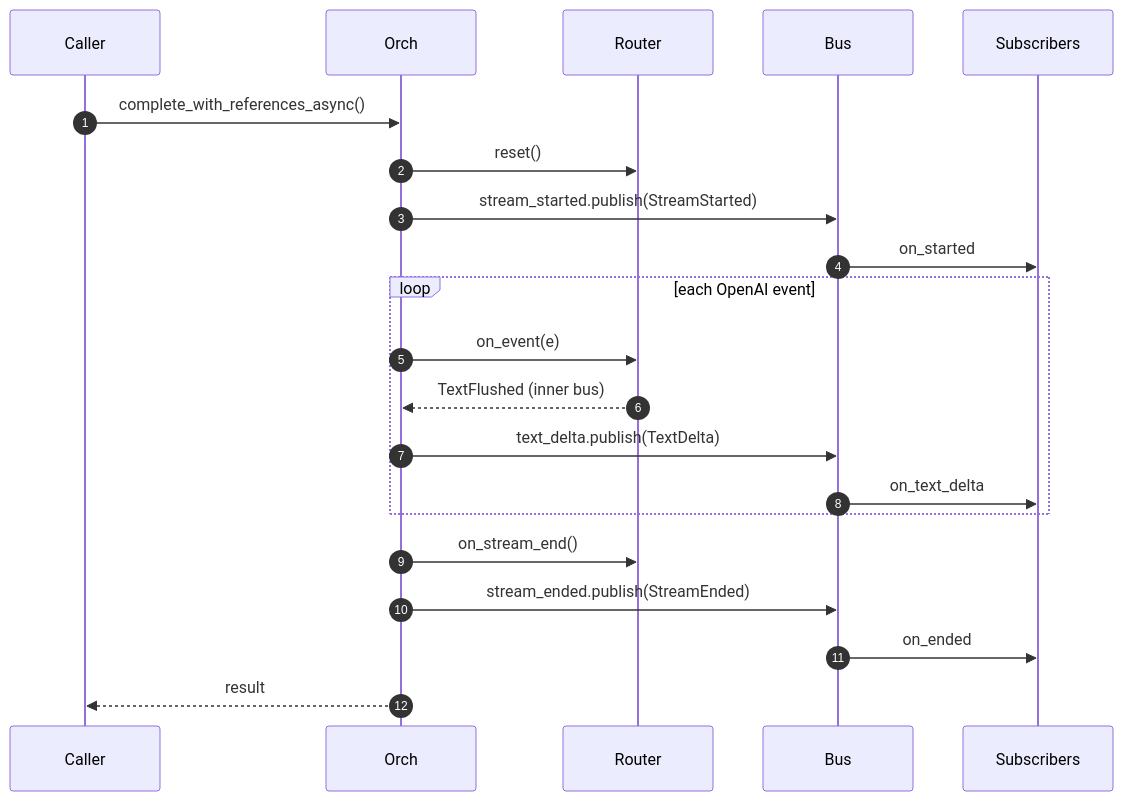
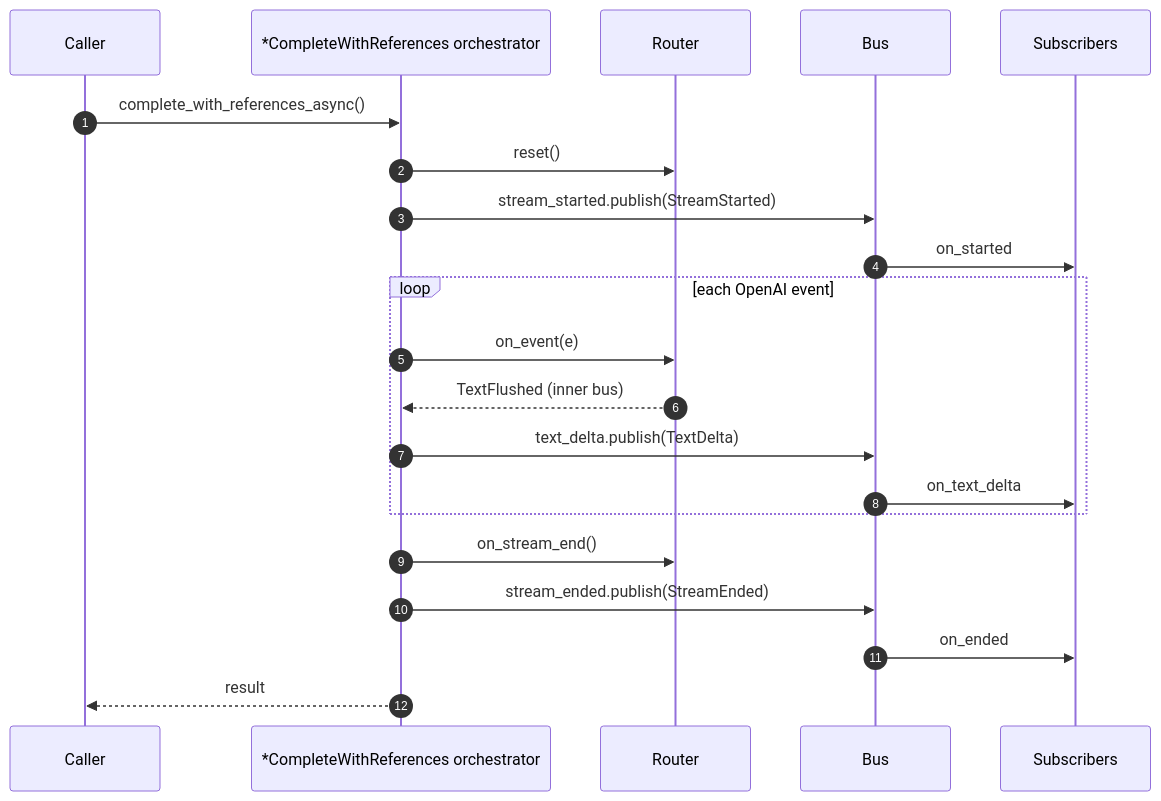
One commit to Unique-AG/ai changed diagram 11 of 18 in unique_toolkit/docs/streaming_architecture_visual.md. Above: the diagram before and after it, drawn with Mermaid. The commit also changed other lines of this file and 6 other files, not shown here.

````diff
--- a/unique_toolkit/docs/streaming_architecture_visual.md
+++ b/unique_toolkit/docs/streaming_architecture_visual.md
@@ -440,24 +450,24 @@
 ```mermaid
 sequenceDiagram
     autonumber
     participant Caller
-    participant Orch
+    participant Orch as *CompleteWithReferences orchestrator
     participant Router
     participant Bus
     participant Sub as Subscribers
 
     Caller->>Orch: complete_with_references_async()
     Orch->>Router: reset()
     Orch->>Bus: stream_started.publish(StreamStarted)
     Bus->>Sub: on_started
     loop each OpenAI event
         Orch->>Router: on_event(e)
         Router-->>Orch: TextFlushed (inner bus)
         Orch->>Bus: text_delta.publish(TextDelta)
         Bus->>Sub: on_text_delta
     end
     Orch->>Router: on_stream_end()
     Orch->>Bus: stream_ended.publish(StreamEnded)
     Bus->>Sub: on_ended
     Orch-->>Caller: result
 ```
````
